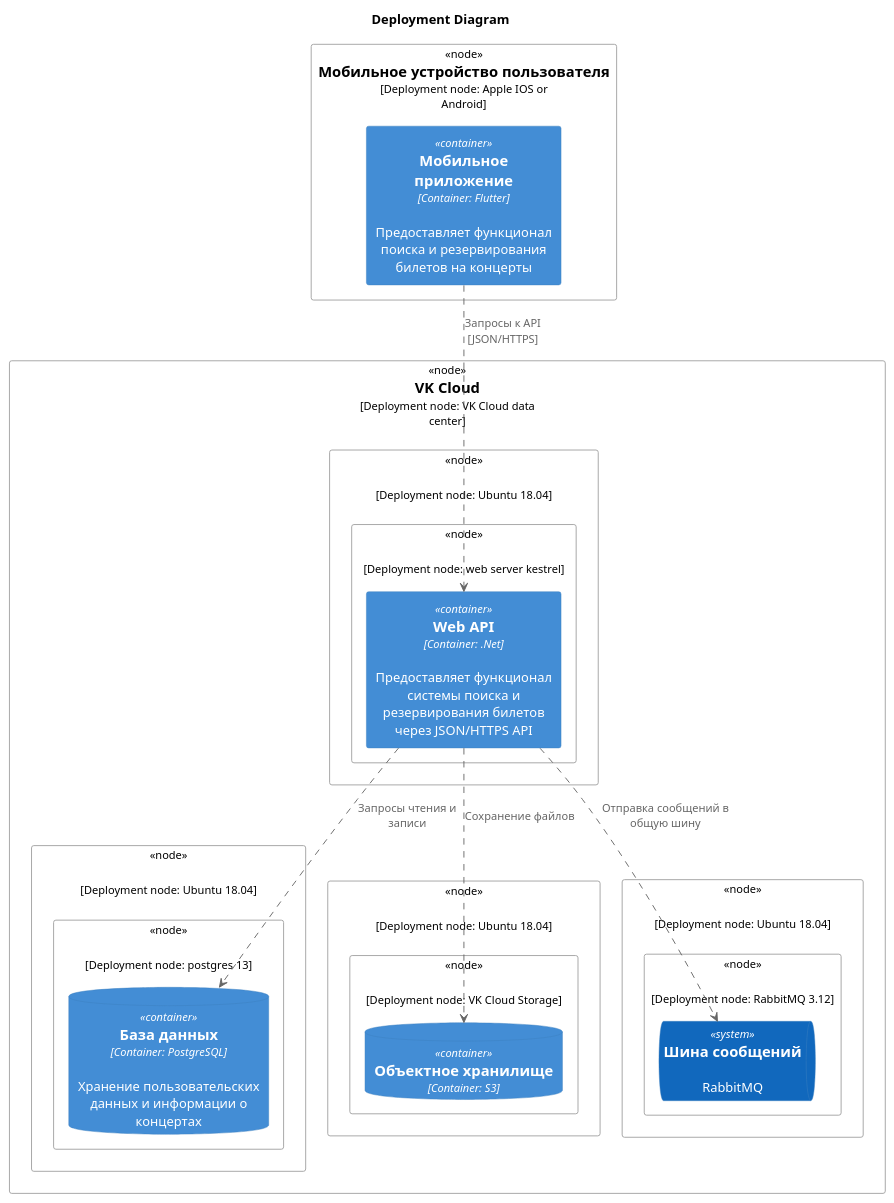
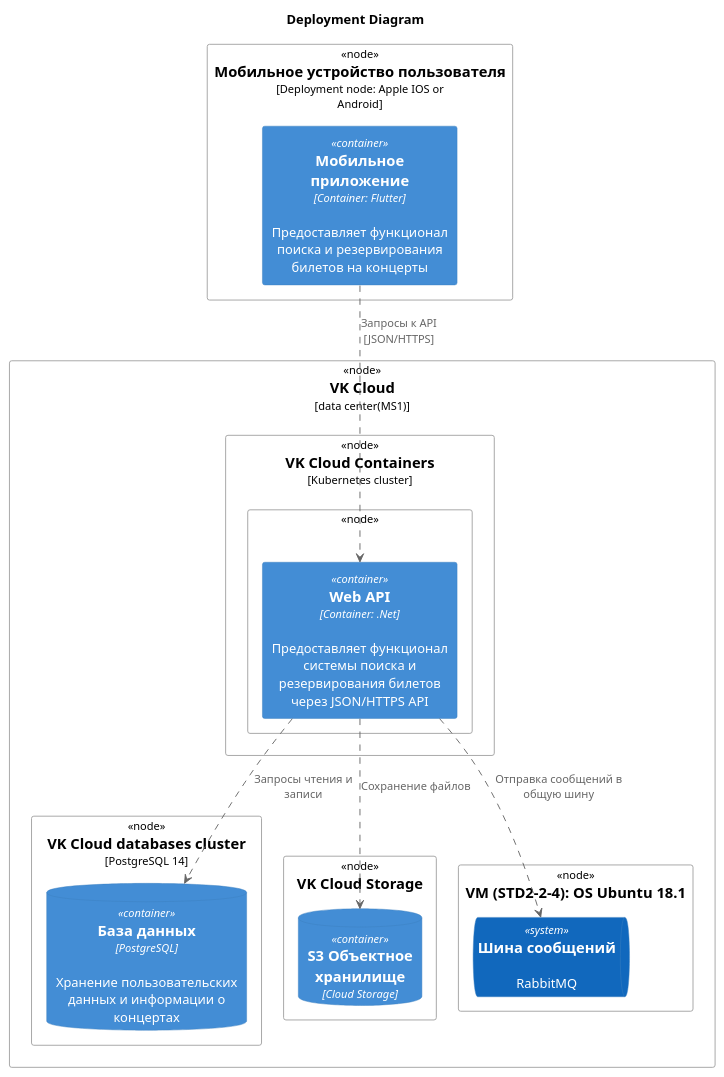
Before and after one commit to Marillinnka/PPO: the diagram in 2. Технический проект/Deployment diagram.puml, drawn with PlantUML. The commit also changed 12 other files, not shown here.

```diff
--- a/2. Технический проект/Deployment diagram.puml
+++ b/2. Технический проект/Deployment diagram.puml
@@ -1,44 +1,38 @@
 @startuml
   !include https://raw.githubusercontent.com/plantuml-stdlib/C4-PlantUML/master/C4_Deployment.puml
 
 title Deployment Diagram
 
 Deployment_Node(mob, "Мобильное устройство пользователя", "Deployment node: Apple IOS or Android"){
     Container(mobile, "Мобильное приложение", "Container: Flutter", "Предоставляет функционал поиска и резервирования билетов на концерты")
 }
 
-Deployment_Node(VK, "VK Cloud", "Deployment node: VK Cloud data center"){
-    Deployment_Node(Ubuntu1, "", "Deployment node: Ubuntu 18.04"){
-        Deployment_Node(WebServer, "", "Deployment node: web server kestrel"){
+Deployment_Node(VK, "VK Cloud", "data center(MS1)"){
+    Deployment_Node(Ubuntu1, "VK Cloud Containers", "Kubernetes cluster"){
+        Deployment_Node(WebServer, "", ""){
             Container(WebApi, "Web API", "Container: .Net", "Предоставляет функционал системы поиска и резервирования билетов через JSON/HTTPS API")
         }
     }
 
-    Deployment_Node(Ubuntu2, "", "Deployment node: Ubuntu 18.04"){
-        Deployment_Node(Postgres, "", "Deployment node: postgres 13"){
-            ContainerDb(ReadDataBase, "База данных", "Container: PostgreSQL", "Хранение пользовательских данных и информации о концертах")
-        }
+    Deployment_Node(Ubuntu2, "VK Cloud databases cluster", "PostgreSQL 14"){
+        ContainerDb(ReadDataBase, "База данных", "PostgreSQL", "Хранение пользовательских данных и информации о концертах")
     }
 
-    Deployment_Node(Ubuntu3, "", "Deployment node: Ubuntu 18.04"){
-        Deployment_Node(VKCloud, "", "Deployment node: VK Cloud Storage"){
-            ContainerDb(SaveDataBase, "Объектное хранилище", "Container: S3", "")
-        }
+    Deployment_Node(Ubuntu3, "VK Cloud Storage", ""){
+        ContainerDb(SaveDataBase, "S3 Объектное хранилище", "Cloud Storage", "")
     }
 
-    Deployment_Node(Ubuntu4, "", "Deployment node: Ubuntu 18.04"){
-        Deployment_Node(RabbitMQ, "", "Deployment node: RabbitMQ 3.12"){
-            SystemQueue(MessageBus, "Шина сообщений", "RabbitMQ", "")
-        }
+    Deployment_Node(Ubuntu4, "VM (STD2-2-4): OS Ubuntu 18.1", ""){
+        SystemQueue(MessageBus, "Шина сообщений","RabbitMQ", "")
     }
 }
 
 mobile ..> WebApi : "Запросы к API [JSON/HTTPS]"
 
 WebApi ..> ReadDataBase : "Запросы чтения и записи"
 
 WebApi ..> SaveDataBase : "Сохранение файлов" 
 
 WebApi ..> MessageBus : "Отправка сообщений в общую шину"
 
 @enduml
```
